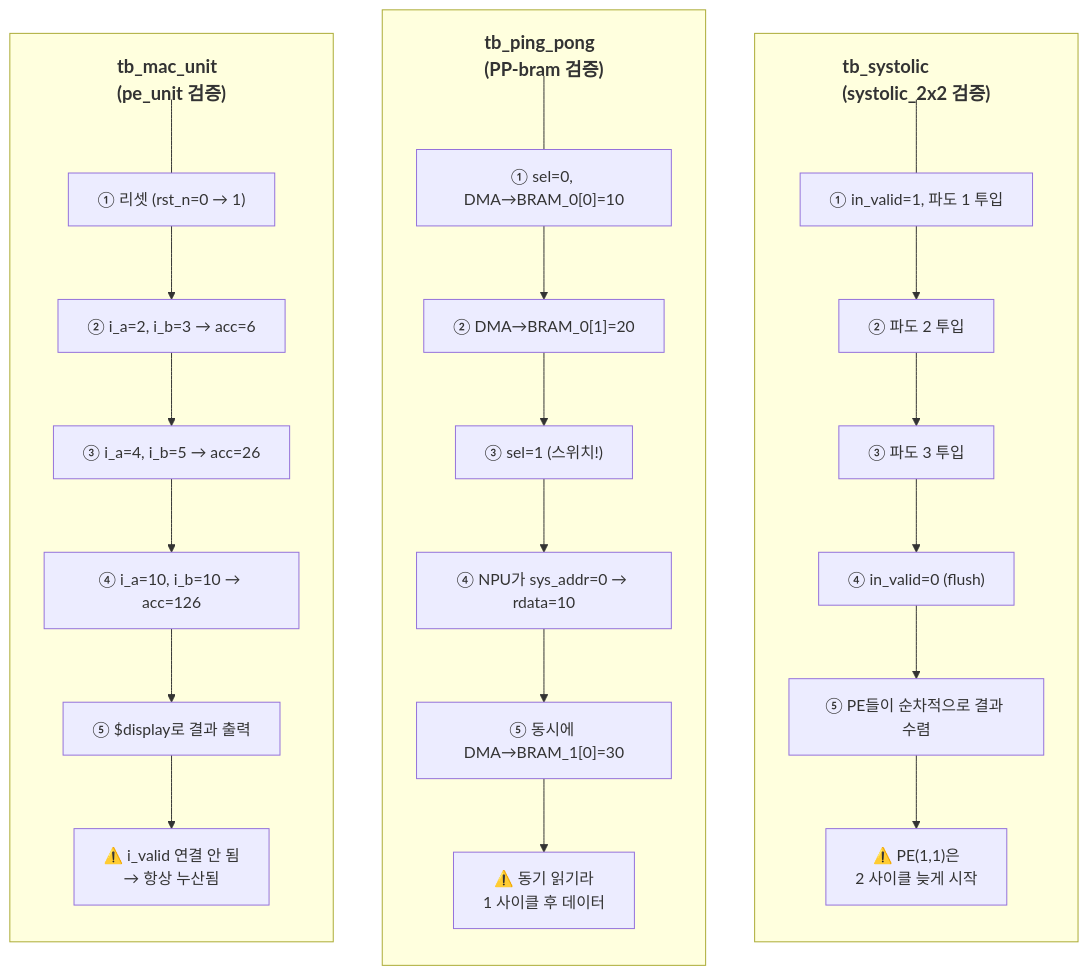
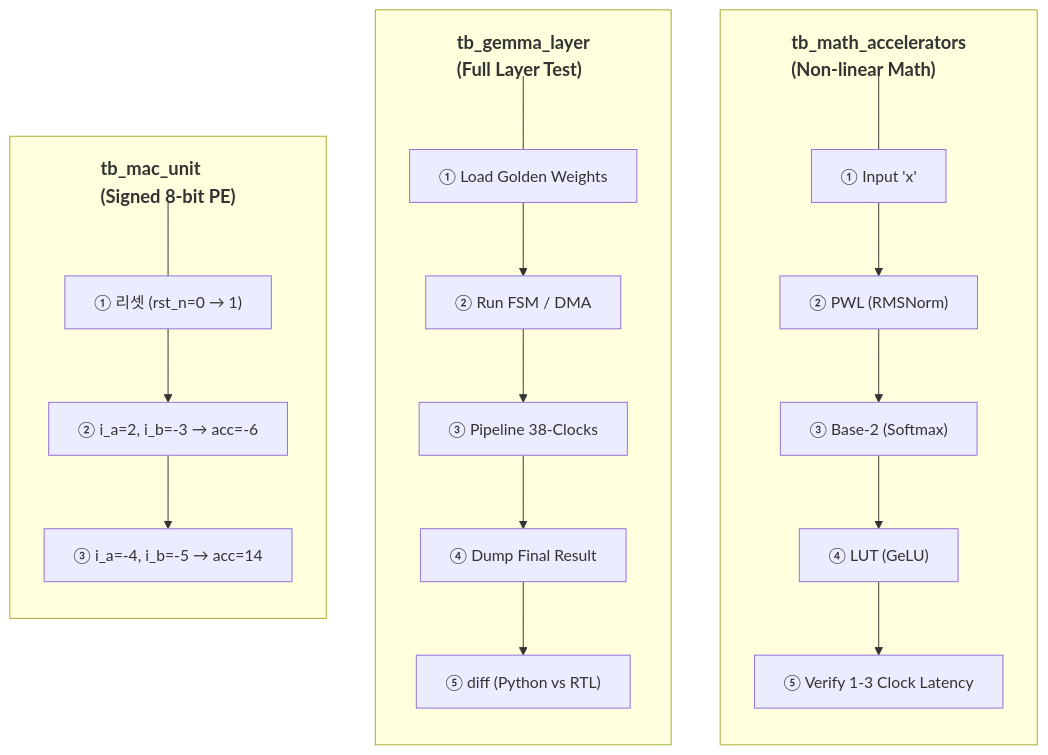
The diagram in Architecture/Testbench.md (hwkim-dev/NPU-FPGA-Transformer-Accelerator-KV260), drawn with Mermaid before and after one commit. The commit also changed other lines of this file and 6 other files, not shown here.

First line of the commit message:
docs: Update Architecture docs for TinyNPU-Gemma on KV260

````diff
--- a/Architecture/Testbench.md
+++ b/Architecture/Testbench.md
@@ -9,47 +21,42 @@
 ```mermaid
 flowchart LR
     %% 전체는 가로(1행 3열) 배치
     
-    subgraph tb_mac_unit["<h3>tb_mac_unit<br/>(pe_unit 검증)</h3>"]
+    subgraph tb_mac_unit["<h3>tb_mac_unit<br/>(Signed 8-bit PE)</h3>"]
         direction TB
         %% 제목과의 간격을 위한 투명 노드
         sep1[ ] --- T1
         style sep1 fill:none,stroke:none
         
-        T1["① 리셋 (rst_n=0 → 1)"] --> T2["② i_a=2, i_b=3 → acc=6"]
-        T2 --> T3["③ i_a=4, i_b=5 → acc=26"]
-        T3 --> T4["④ i_a=10, i_b=10 → acc=126"]
-        T4 --> T5["⑤ $display로 결과 출력"]
-        T5 --> W1["⚠️ i_valid 연결 안 됨\n→ 항상 누산됨"]
+        T1["① 리셋 (rst_n=0 → 1)"] --> T2["② i_a=2, i_b=-3 → acc=-6"]
+        T2 --> T3["③ i_a=-4, i_b=-5 → acc=14"]
     end
 
-    subgraph tb_ping_pong["<h3>tb_ping_pong<br/>(PP-bram 검증)</h3>"]
+    subgraph tb_gemma_layer["<h3>tb_gemma_layer<br/>(Full Layer Test)</h3>"]
         direction TB
         %% 제목과의 간격을 위한 투명 노드
         sep2[ ] --- P1
         style sep2 fill:none,stroke:none
 
-        P1["① sel=0, DMA→BRAM_0[0]=10"] --> P2["② DMA→BRAM_0[1]=20"]
-        P2 --> P3["③ sel=1 (스위치!)"]
-        P3 --> P4["④ NPU가 sys_addr=0 → rdata=10"]
-        P4 --> P5["⑤ 동시에 DMA→BRAM_1[0]=30"]
-        P5 --> W2["⚠️ 동기 읽기라\n1 사이클 후 데이터"]
+        P1["① Load Golden Weights"] --> P2["② Run FSM / DMA"]
+        P2 --> P3["③ Pipeline 38-Clocks"]
+        P3 --> P4["④ Dump Final Result"]
+        P4 --> P5["⑤ diff (Python vs RTL)"]
     end
 
-    subgraph tb_systolic["<h3>tb_systolic<br/>(systolic_2x2 검증)</h3>"]
+    subgraph tb_math_accelerators["<h3>tb_math_accelerators<br/>(Non-linear Math)</h3>"]
         direction TB
         %% 제목과의 간격을 위한 투명 노드
         sep3[ ] --- S1
         style sep3 fill:none,stroke:none
 
-        S1["① in_valid=1, 파도 1 투입"] --> S2["② 파도 2 투입"]
-        S2 --> S3["③ 파도 3 투입"]
-        S3 --> S4["④ in_valid=0 (flush)"]
-        S4 --> S5["⑤ PE들이 순차적으로 결과 수렴"]
-        S5 --> W3["⚠️ PE(1,1)은\n2 사이클 늦게 시작"]
+        S1["① Input 'x'"] --> S2["② PWL (RMSNorm)"]
+        S2 --> S3["③ Base-2 (Softmax)"]
+        S3 --> S4["④ LUT (GeLU)"]
+        S4 --> S5["⑤ Verify 1-3 Clock Latency"]
     end
 
     %% 3열 배치를 유지하기 위한 투명 연결선
-    tb_mac_unit ~~~ tb_ping_pong
-    tb_ping_pong ~~~ tb_systolic
+    tb_mac_unit ~~~ tb_gemma_layer
+    tb_gemma_layer ~~~ tb_math_accelerators
 ```
````
